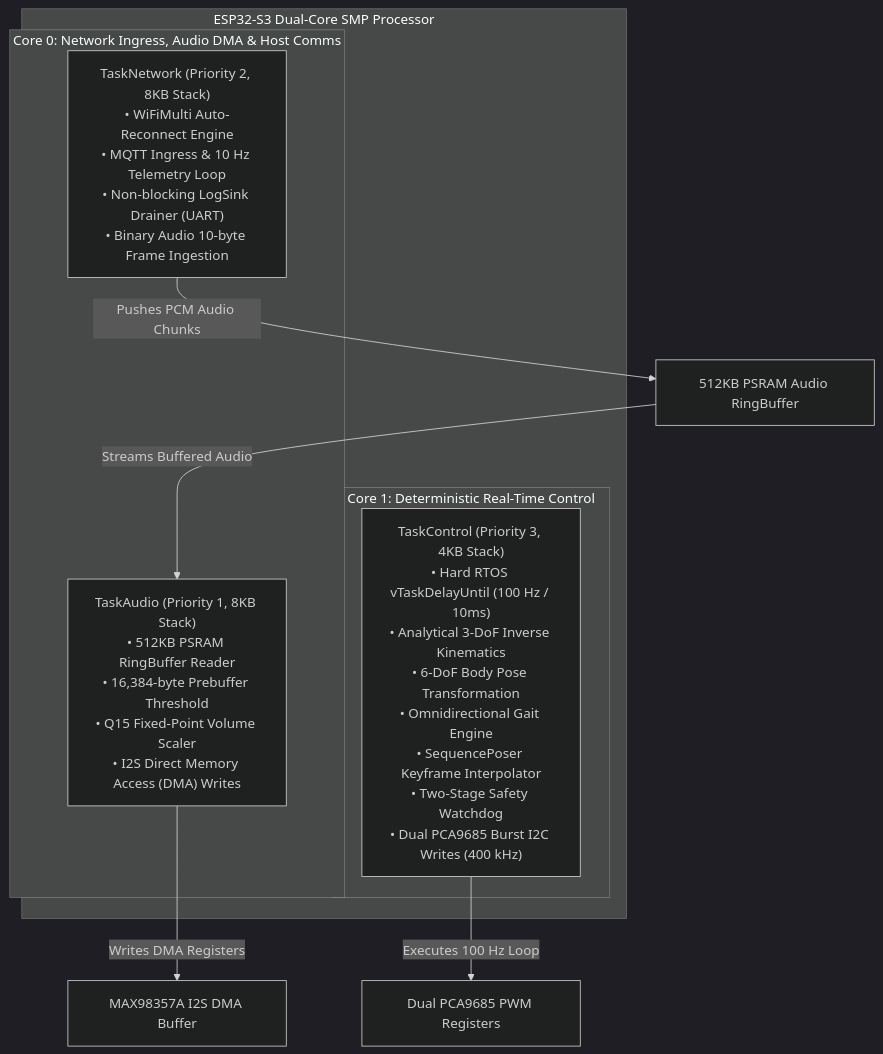
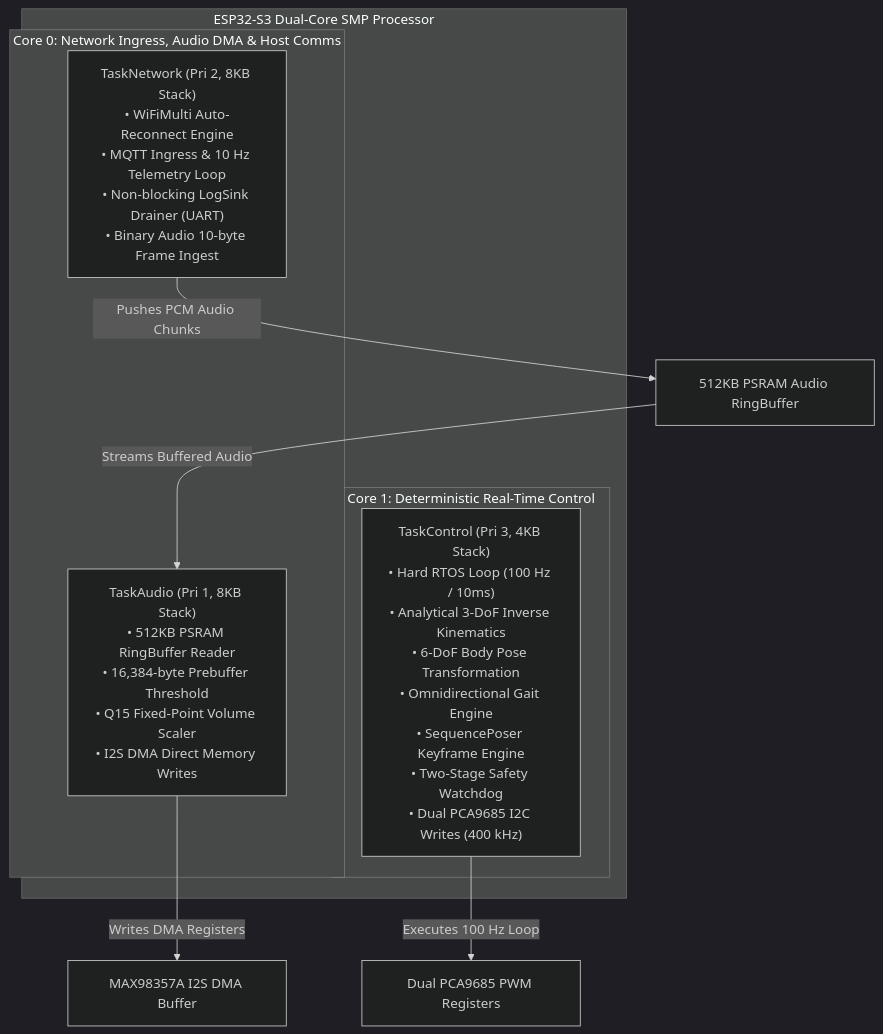
Before and after one commit to GrrGrrMan/spider-blog: the first of 4 diagrams in src/content/docs/05-embedded-firmware.md, drawn with Mermaid (dark theme). The commit also changed other lines of this file and 4 other files, not shown here.

````diff
--- a/src/content/docs/05-embedded-firmware.md
+++ b/src/content/docs/05-embedded-firmware.md
@@ -13,22 +11,22 @@
 ```mermaid
 flowchart TD
     subgraph ESP32S3 ["ESP32-S3 Dual-Core SMP Processor"]
         subgraph Core0 ["Core 0: Network Ingress, Audio DMA & Host Comms"]
-            TASK_NET["TaskNetwork (Priority 2, 8KB Stack)<br/>• WiFiMulti Auto-Reconnect Engine<br/>• MQTT Ingress & 10 Hz Telemetry Loop<br/>• Non-blocking LogSink Drainer (UART)<br/>• Binary Audio 10-byte Frame Ingestion"]
-            TASK_AUDIO["TaskAudio (Priority 1, 8KB Stack)<br/>• 512KB PSRAM RingBuffer Reader<br/>• 16,384-byte Prebuffer Threshold<br/>• Q15 Fixed-Point Volume Scaler<br/>• I2S Direct Memory Access (DMA) Writes"]
+            TASK_NET["TaskNetwork (Pri 2, 8KB Stack)<br/>• WiFiMulti Auto-Reconnect Engine<br/>• MQTT Ingress & 10 Hz Telemetry Loop<br/>• Non-blocking LogSink Drainer (UART)<br/>• Binary Audio 10-byte Frame Ingest"]
+            TASK_AUDIO["TaskAudio (Pri 1, 8KB Stack)<br/>• 512KB PSRAM RingBuffer Reader<br/>• 16,384-byte Prebuffer Threshold<br/>• Q15 Fixed-Point Volume Scaler<br/>• I2S DMA Direct Memory Writes"]
         end
 
         subgraph Core1 ["Core 1: Deterministic Real-Time Control"]
-            TASK_CTRL["TaskControl (Priority 3, 4KB Stack)<br/>• Hard RTOS vTaskDelayUntil (100 Hz / 10ms)<br/>• Analytical 3-DoF Inverse Kinematics<br/>• 6-DoF Body Pose Transformation<br/>• Omnidirectional Gait Engine<br/>• SequencePoser Keyframe Interpolator<br/>• Two-Stage Safety Watchdog<br/>• Dual PCA9685 Burst I2C Writes (400 kHz)"]
+            TASK_CTRL["TaskControl (Pri 3, 4KB Stack)<br/>• Hard RTOS Loop (100 Hz / 10ms)<br/>• Analytical 3-DoF Inverse Kinematics<br/>• 6-DoF Body Pose Transformation<br/>• Omnidirectional Gait Engine<br/>• SequencePoser Keyframe Engine<br/>• Two-Stage Safety Watchdog<br/>• Dual PCA9685 I2C Writes (400 kHz)"]
         end
     end
 
     PSRAM["512KB PSRAM Audio RingBuffer"]
     I2S_HW["MAX98357A I2S DMA Buffer"]
     I2C_HW["Dual PCA9685 PWM Registers"]
 
     TASK_NET -->|Pushes PCM Audio Chunks| PSRAM
     PSRAM -->|Streams Buffered Audio| TASK_AUDIO
     TASK_AUDIO -->|Writes DMA Registers| I2S_HW
     TASK_CTRL -->|Executes 100 Hz Loop| I2C_HW
 ```
````
